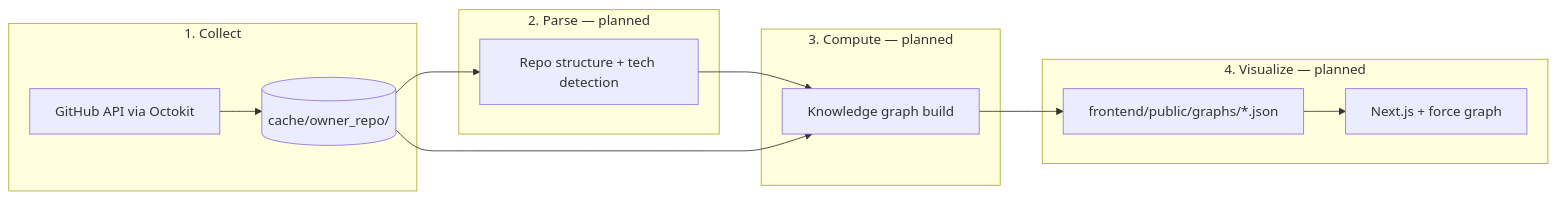
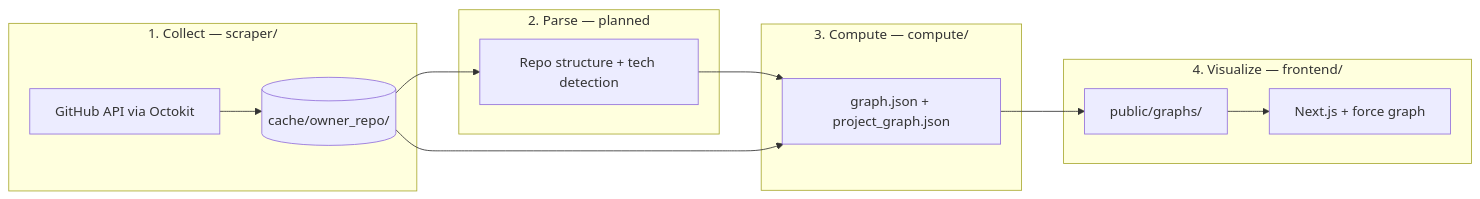
The diagram in .cursor/spec.md (yqliukev/repo-map), drawn with Mermaid before and after one commit. The commit also changed other lines of this file and 1 other file, not shown here.

First line of the commit message:
Document architecture spec and Stage 1 collect plan.

````diff
--- a/.cursor/spec.md
+++ b/.cursor/spec.md
@@ -33,26 +35,26 @@
 ```mermaid
 flowchart LR
-  subgraph collect [1. Collect]
+  subgraph collect [1. Collect — scraper/]
     GH[GitHub API via Octokit]
     Cache[(cache/owner_repo/)]
     GH --> Cache
   end
 
   subgraph parse [2. Parse — planned]
     Parse[Repo structure + tech detection]
     Cache --> Parse
   end
 
-  subgraph compute [3. Compute — planned]
-    KG[Knowledge graph build]
+  subgraph computeStage [3. Compute — compute/]
+    KG[graph.json + project_graph.json]
     Parse --> KG
     Cache --> KG
   end
 
-  subgraph viz [4. Visualize — planned]
-    JSON[frontend/public/graphs/*.json]
+  subgraph viz [4. Visualize — frontend/]
+    JSON[public/graphs/]
     UI[Next.js + force graph]
     KG --> JSON
     JSON --> UI
   end
 ```
````
